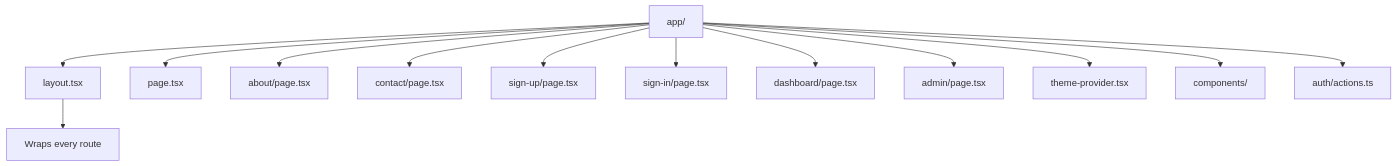
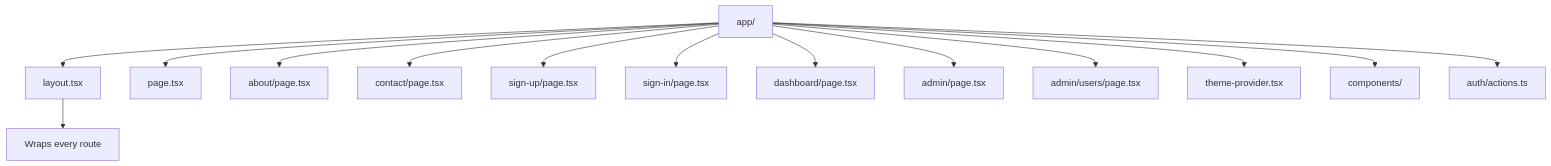
Before and after one commit to matthewlovestocode/designated: the first of 2 diagrams in docs/web/routing.md, drawn with Mermaid. The commit also changed other lines of this file and 23 other files, not shown here.

````diff
--- a/docs/web/routing.md
+++ b/docs/web/routing.md
@@ -19,15 +19,16 @@
 ```mermaid
 flowchart TD
     A["app/"] --> B["layout.tsx"]
     A --> C["page.tsx"]
     A --> D["about/page.tsx"]
     A --> E["contact/page.tsx"]
     A --> F["sign-up/page.tsx"]
     A --> G["sign-in/page.tsx"]
     A --> H["dashboard/page.tsx"]
     A --> I["admin/page.tsx"]
+    A --> IA["admin/users/page.tsx"]
     A --> J["theme-provider.tsx"]
     A --> K["components/"]
     A --> L["auth/actions.ts"]
     B --> M["Wraps every route"]
 ```
````
